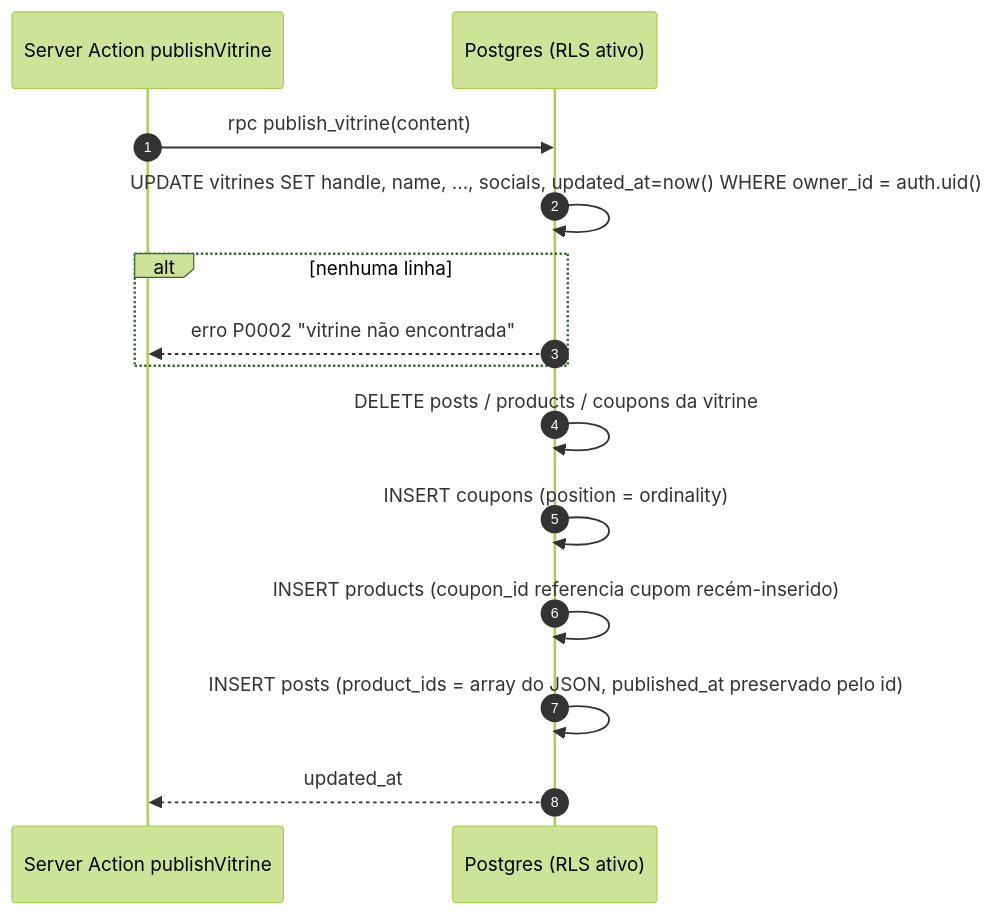
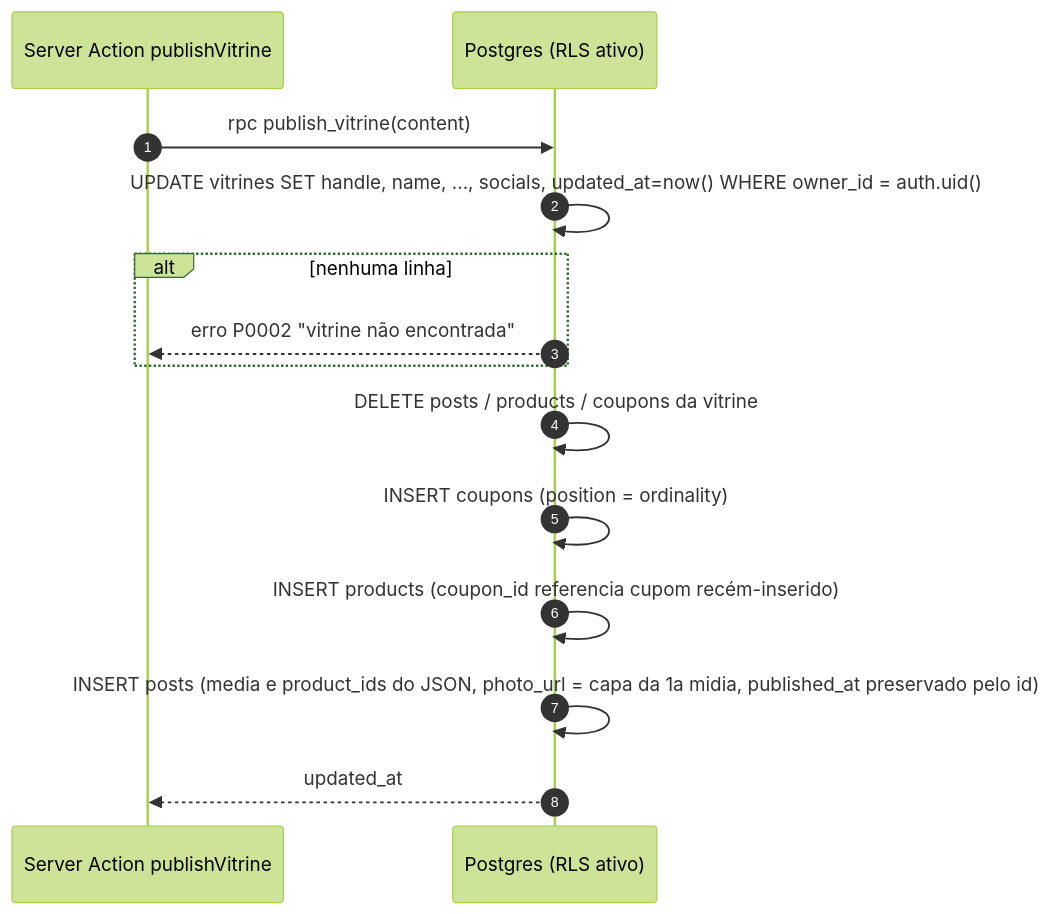
The second of 3 diagrams in docs/database.md (estevaons/myvitri), drawn with Mermaid (forest theme) before and after one commit. The commit also changed other lines of this file and 22 other files, not shown here.

````diff
--- a/docs/database.md
+++ b/docs/database.md
@@ -567,16 +571,16 @@
 ```mermaid
 sequenceDiagram
     autonumber
     participant SA as Server Action publishVitrine
     participant DB as Postgres (RLS ativo)
     SA->>DB: rpc publish_vitrine(content)
     DB->>DB: UPDATE vitrines SET handle, name, ..., socials, updated_at=now() WHERE owner_id = auth.uid()
     alt nenhuma linha
         DB-->>SA: erro P0002 "vitrine não encontrada"
     end
     DB->>DB: DELETE posts / products / coupons da vitrine
     DB->>DB: INSERT coupons (position = ordinality)
     DB->>DB: INSERT products (coupon_id referencia cupom recém-inserido)
-    DB->>DB: INSERT posts (product_ids = array do JSON, published_at preservado pelo id)
+    DB->>DB: INSERT posts (media e product_ids do JSON, photo_url = capa da 1a midia, published_at preservado pelo id)
     DB-->>SA: updated_at
 ```
````
